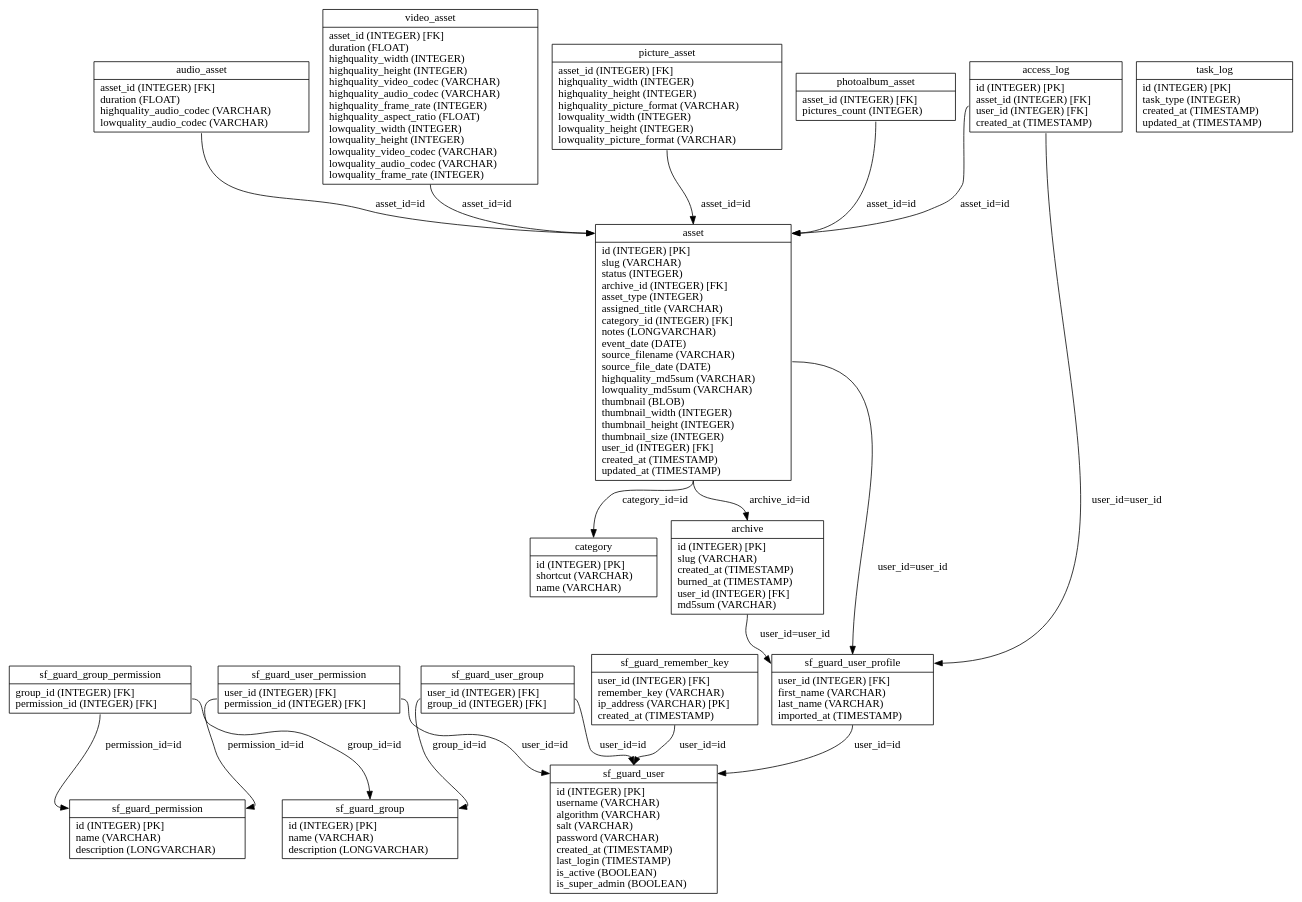
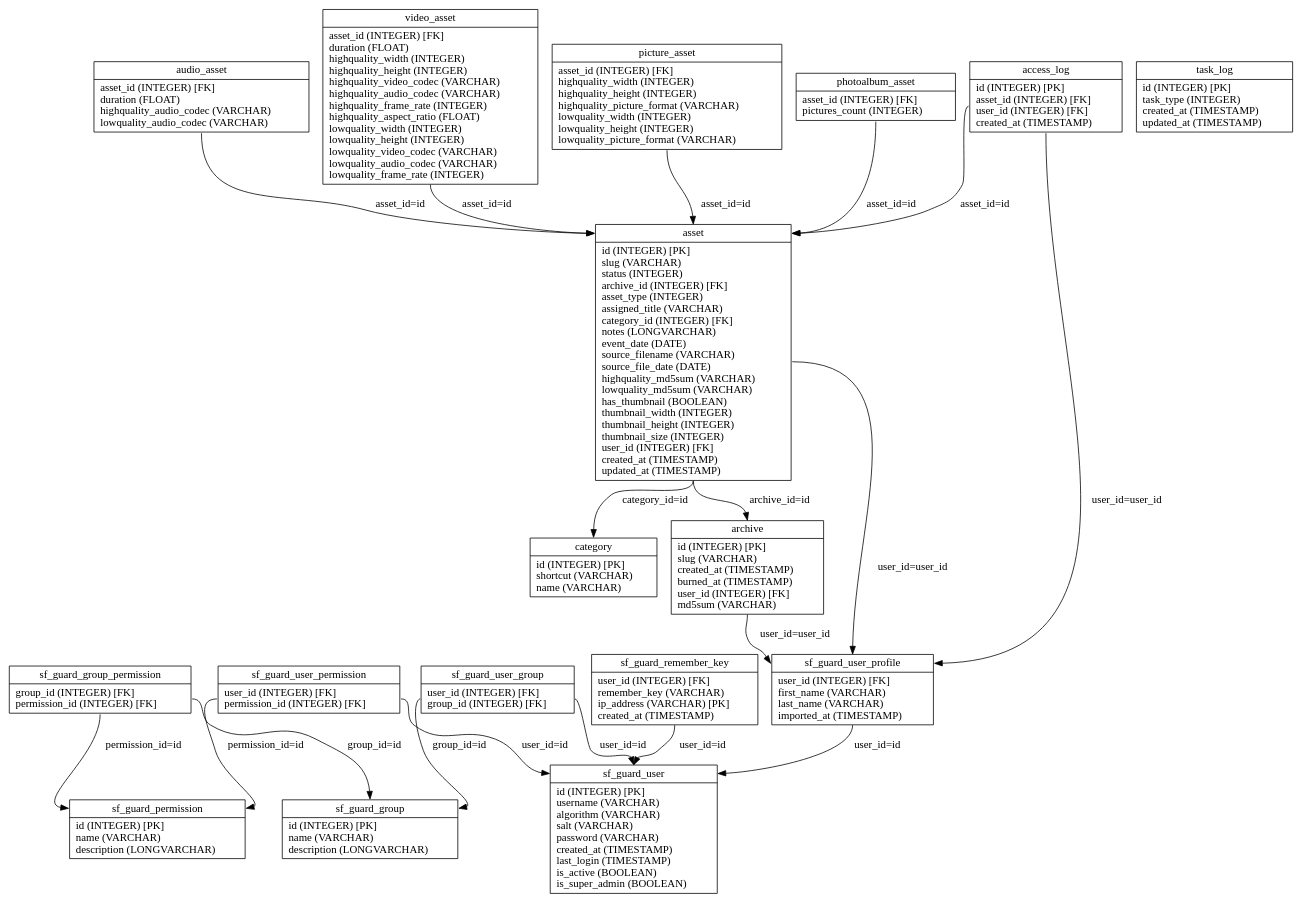
The diagram in graph/propel.schema.dot (loristissino/wviola), drawn with Graphviz before and after one commit. The commit also changed 59 other files, not shown here.

```diff
--- a/graph/propel.schema.dot
+++ b/graph/propel.schema.dot
@@ -1,38 +1,38 @@
 digraph G {
 nodesf_guard_group [label="{<table>sf_guard_group|<cols>id (INTEGER) [PK]\lname (VARCHAR)\ldescription (LONGVARCHAR)\l}", shape=record];
 nodesf_guard_permission [label="{<table>sf_guard_permission|<cols>id (INTEGER) [PK]\lname (VARCHAR)\ldescription (LONGVARCHAR)\l}", shape=record];
 nodesf_guard_group_permission [label="{<table>sf_guard_group_permission|<cols>group_id (INTEGER) [FK]\lpermission_id (INTEGER) [FK]\l}", shape=record];
 nodesf_guard_user [label="{<table>sf_guard_user|<cols>id (INTEGER) [PK]\lusername (VARCHAR)\lalgorithm (VARCHAR)\lsalt (VARCHAR)\lpassword (VARCHAR)\lcreated_at (TIMESTAMP)\llast_login (TIMESTAMP)\lis_active (BOOLEAN)\lis_super_admin (BOOLEAN)\l}", shape=record];
 nodesf_guard_user_permission [label="{<table>sf_guard_user_permission|<cols>user_id (INTEGER) [FK]\lpermission_id (INTEGER) [FK]\l}", shape=record];
 nodesf_guard_user_group [label="{<table>sf_guard_user_group|<cols>user_id (INTEGER) [FK]\lgroup_id (INTEGER) [FK]\l}", shape=record];
 nodesf_guard_remember_key [label="{<table>sf_guard_remember_key|<cols>user_id (INTEGER) [FK]\lremember_key (VARCHAR)\lip_address (VARCHAR) [PK]\lcreated_at (TIMESTAMP)\l}", shape=record];
 nodesf_guard_user_profile [label="{<table>sf_guard_user_profile|<cols>user_id (INTEGER) [FK]\lfirst_name (VARCHAR)\llast_name (VARCHAR)\limported_at (TIMESTAMP)\l}", shape=record];
-nodeasset [label="{<table>asset|<cols>id (INTEGER) [PK]\lslug (VARCHAR)\lstatus (INTEGER)\larchive_id (INTEGER) [FK]\lasset_type (INTEGER)\lassigned_title (VARCHAR)\lcategory_id (INTEGER) [FK]\lnotes (LONGVARCHAR)\levent_date (DATE)\lsource_filename (VARCHAR)\lsource_file_date (DATE)\lhighquality_md5sum (VARCHAR)\llowquality_md5sum (VARCHAR)\lthumbnail (BLOB)\lthumbnail_width (INTEGER)\lthumbnail_height (INTEGER)\lthumbnail_size (INTEGER)\luser_id (INTEGER) [FK]\lcreated_at (TIMESTAMP)\lupdated_at (TIMESTAMP)\l}", shape=record];
+nodeasset [label="{<table>asset|<cols>id (INTEGER) [PK]\lslug (VARCHAR)\lstatus (INTEGER)\larchive_id (INTEGER) [FK]\lasset_type (INTEGER)\lassigned_title (VARCHAR)\lcategory_id (INTEGER) [FK]\lnotes (LONGVARCHAR)\levent_date (DATE)\lsource_filename (VARCHAR)\lsource_file_date (DATE)\lhighquality_md5sum (VARCHAR)\llowquality_md5sum (VARCHAR)\lhas_thumbnail (BOOLEAN)\lthumbnail_width (INTEGER)\lthumbnail_height (INTEGER)\lthumbnail_size (INTEGER)\luser_id (INTEGER) [FK]\lcreated_at (TIMESTAMP)\lupdated_at (TIMESTAMP)\l}", shape=record];
 nodevideo_asset [label="{<table>video_asset|<cols>asset_id (INTEGER) [FK]\lduration (FLOAT)\lhighquality_width (INTEGER)\lhighquality_height (INTEGER)\lhighquality_video_codec (VARCHAR)\lhighquality_audio_codec (VARCHAR)\lhighquality_frame_rate (INTEGER)\lhighquality_aspect_ratio (FLOAT)\llowquality_width (INTEGER)\llowquality_height (INTEGER)\llowquality_video_codec (VARCHAR)\llowquality_audio_codec (VARCHAR)\llowquality_frame_rate (INTEGER)\l}", shape=record];
 nodepicture_asset [label="{<table>picture_asset|<cols>asset_id (INTEGER) [FK]\lhighquality_width (INTEGER)\lhighquality_height (INTEGER)\lhighquality_picture_format (VARCHAR)\llowquality_width (INTEGER)\llowquality_height (INTEGER)\llowquality_picture_format (VARCHAR)\l}", shape=record];
 nodephotoalbum_asset [label="{<table>photoalbum_asset|<cols>asset_id (INTEGER) [FK]\lpictures_count (INTEGER)\l}", shape=record];
 nodeaudio_asset [label="{<table>audio_asset|<cols>asset_id (INTEGER) [FK]\lduration (FLOAT)\lhighquality_audio_codec (VARCHAR)\llowquality_audio_codec (VARCHAR)\l}", shape=record];
 nodearchive [label="{<table>archive|<cols>id (INTEGER) [PK]\lslug (VARCHAR)\lcreated_at (TIMESTAMP)\lburned_at (TIMESTAMP)\luser_id (INTEGER) [FK]\lmd5sum (VARCHAR)\l}", shape=record];
 nodecategory [label="{<table>category|<cols>id (INTEGER) [PK]\lshortcut (VARCHAR)\lname (VARCHAR)\l}", shape=record];
 nodeaccess_log [label="{<table>access_log|<cols>id (INTEGER) [PK]\lasset_id (INTEGER) [FK]\luser_id (INTEGER) [FK]\lcreated_at (TIMESTAMP)\l}", shape=record];
 nodetask_log [label="{<table>task_log|<cols>id (INTEGER) [PK]\ltask_type (INTEGER)\lcreated_at (TIMESTAMP)\lupdated_at (TIMESTAMP)\l}", shape=record];
 
 nodesf_guard_group_permission:cols -> nodesf_guard_group:table [label="group_id=id "];
 nodesf_guard_group_permission:cols -> nodesf_guard_permission:table [label="permission_id=id "];
 nodesf_guard_user_permission:cols -> nodesf_guard_user:table [label="user_id=id "];
 nodesf_guard_user_permission:cols -> nodesf_guard_permission:table [label="permission_id=id "];
 nodesf_guard_user_group:cols -> nodesf_guard_user:table [label="user_id=id "];
 nodesf_guard_user_group:cols -> nodesf_guard_group:table [label="group_id=id "];
 nodesf_guard_remember_key:cols -> nodesf_guard_user:table [label="user_id=id "];
 nodesf_guard_user_profile:cols -> nodesf_guard_user:table [label="user_id=id "];
 nodeasset:cols -> nodearchive:table [label="archive_id=id "];
 nodeasset:cols -> nodecategory:table [label="category_id=id "];
 nodeasset:cols -> nodesf_guard_user_profile:table [label="user_id=user_id "];
 nodevideo_asset:cols -> nodeasset:table [label="asset_id=id "];
 nodepicture_asset:cols -> nodeasset:table [label="asset_id=id "];
 nodephotoalbum_asset:cols -> nodeasset:table [label="asset_id=id "];
 nodeaudio_asset:cols -> nodeasset:table [label="asset_id=id "];
 nodearchive:cols -> nodesf_guard_user_profile:table [label="user_id=user_id "];
 nodeaccess_log:cols -> nodeasset:table [label="asset_id=id "];
 nodeaccess_log:cols -> nodesf_guard_user_profile:table [label="user_id=user_id "];
 }
```
